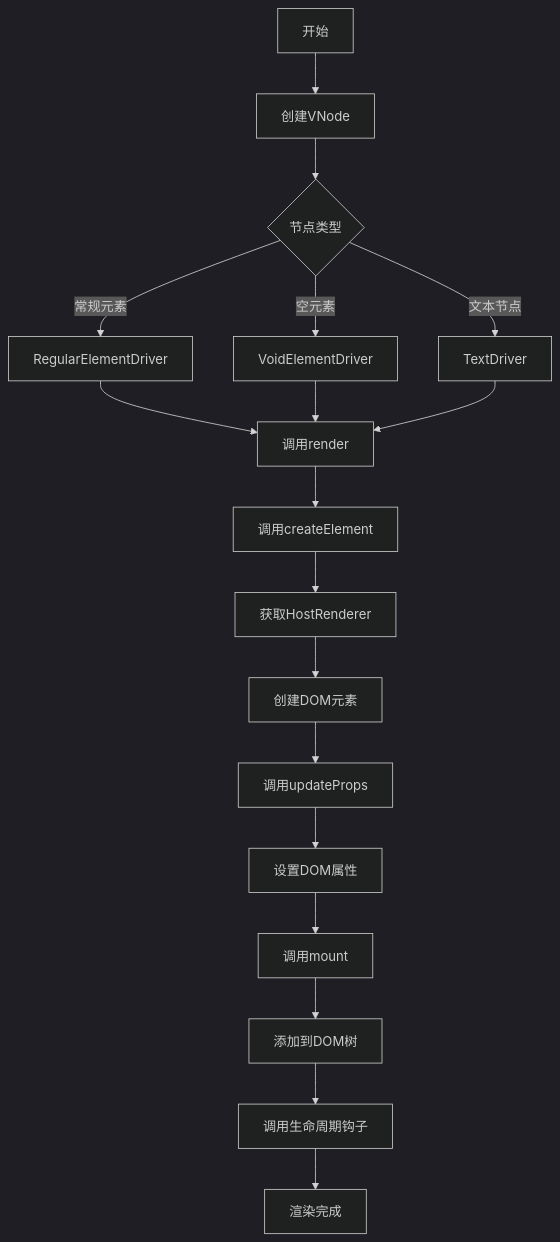
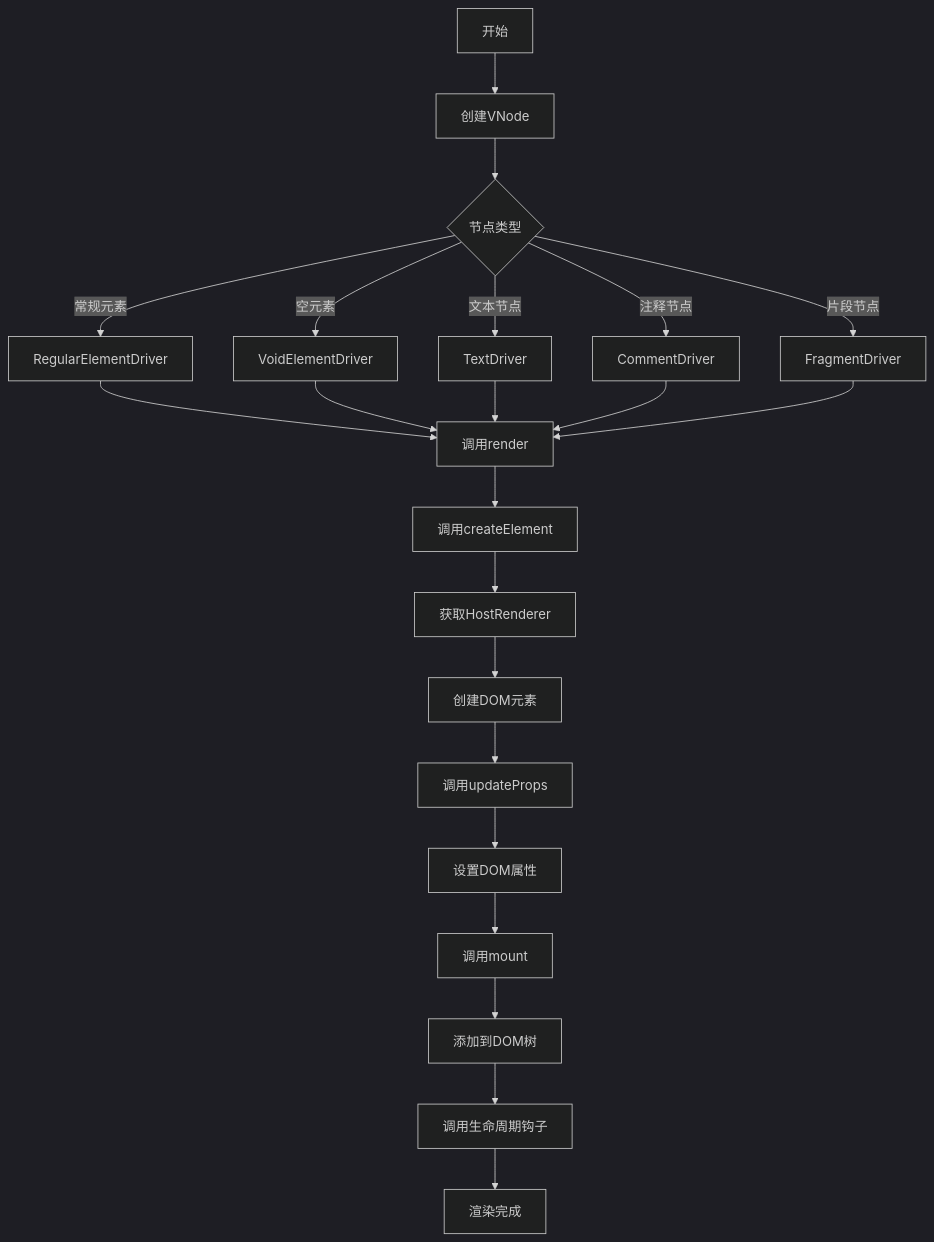
The fifth of 5 diagrams in .qoder/repowiki/zh/content/核心概念/渲染机制/驱动抽象层/驱动抽象层.md (vitarx-lib/core), drawn with Mermaid (dark theme) before and after one commit. The commit also changed other lines of this file and 3 other files, not shown here.

````diff
--- a/.qoder/repowiki/zh/content/核心概念/渲染机制/驱动抽象层/驱动抽象层.md
+++ b/.qoder/repowiki/zh/content/核心概念/渲染机制/驱动抽象层/驱动抽象层.md
@@ -259,20 +281,24 @@
 ```mermaid
 flowchart TD
 A[开始] --> B[创建VNode]
 B --> C{节点类型}
 C --> |常规元素| D[RegularElementDriver]
 C --> |空元素| E[VoidElementDriver]
 C --> |文本节点| F[TextDriver]
-D --> G[调用render]
-E --> G
-F --> G
-G --> H[调用createElement]
-H --> I[获取HostRenderer]
-I --> J[创建DOM元素]
-J --> K[调用updateProps]
-K --> L[设置DOM属性]
-L --> M[调用mount]
-M --> N[添加到DOM树]
-N --> O[调用生命周期钩子]
-O --> P[渲染完成]
+C --> |注释节点| G[CommentDriver]
+C --> |片段节点| H[FragmentDriver]
+D --> I[调用render]
+E --> I
+F --> I
+G --> I
+H --> I
+I --> J[调用createElement]
+J --> K[获取HostRenderer]
+K --> L[创建DOM元素]
+L --> M[调用updateProps]
+M --> N[设置DOM属性]
+N --> O[调用mount]
+O --> P[添加到DOM树]
+P --> Q[调用生命周期钩子]
+Q --> R[渲染完成]
 ```
````
